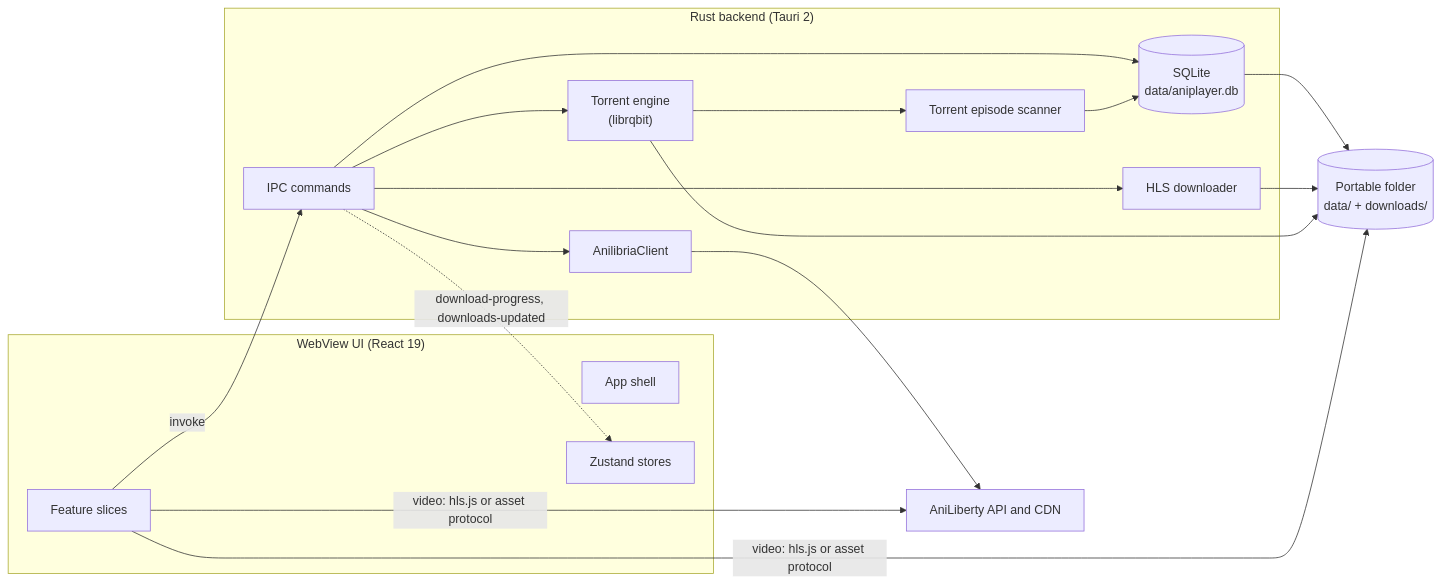
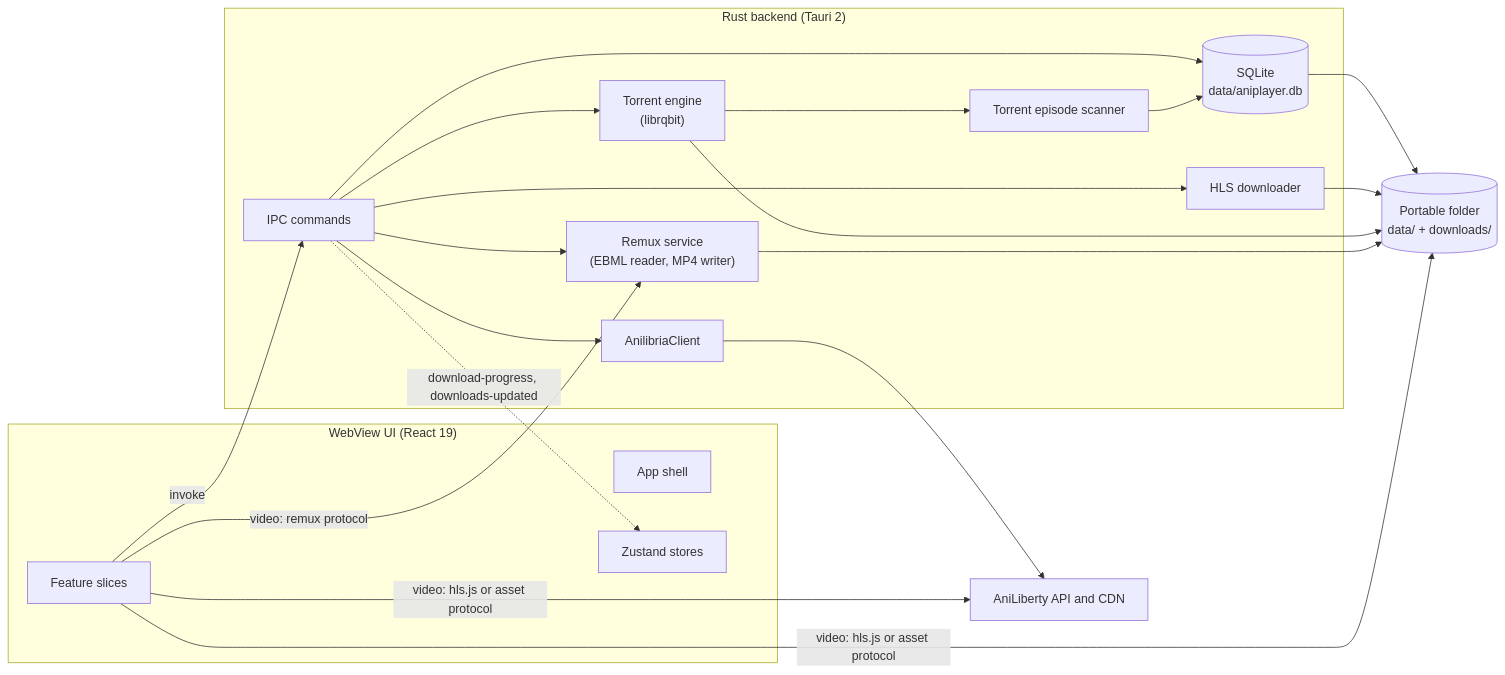
One commit to shidot3m/aniplayer changed the diagram in docs/architecture.md. Above: the diagram before and after it, drawn with Mermaid. The commit also changed other lines of this file and 47 other files, not shown here.

````diff
--- a/docs/architecture.md
+++ b/docs/architecture.md
@@ -9,30 +9,33 @@
 ```mermaid
 flowchart LR
     subgraph WebView["WebView UI (React 19)"]
         Shell["App shell"]
         Features["Feature slices"]
         Stores["Zustand stores"]
     end
 
     subgraph Rust["Rust backend (Tauri 2)"]
         Commands["IPC commands"]
         ApiClient["AnilibriaClient"]
         Database[("SQLite<br/>data/aniplayer.db")]
         HlsDownloader["HLS downloader"]
         TorrentEngine["Torrent engine<br/>(librqbit)"]
         Scanner["Torrent episode scanner"]
+        Remux["Remux service<br/>(EBML reader, MP4 writer)"]
     end
 
     AniLiberty["AniLiberty API and CDN"]
     Disk[("Portable folder<br/>data/ + downloads/")]
 
     Features -->|invoke| Commands
     Commands --> ApiClient --> AniLiberty
     Commands --> Database --> Disk
     Commands --> HlsDownloader --> Disk
     Commands --> TorrentEngine --> Disk
     TorrentEngine --> Scanner --> Database
+    Commands --> Remux --> Disk
     Features -->|"video: hls.js or asset protocol"| AniLiberty
     Features -->|"video: hls.js or asset protocol"| Disk
+    Features -->|"video: remux protocol"| Remux
     Commands -.->|"download-progress, downloads-updated"| Stores
 ```
````
